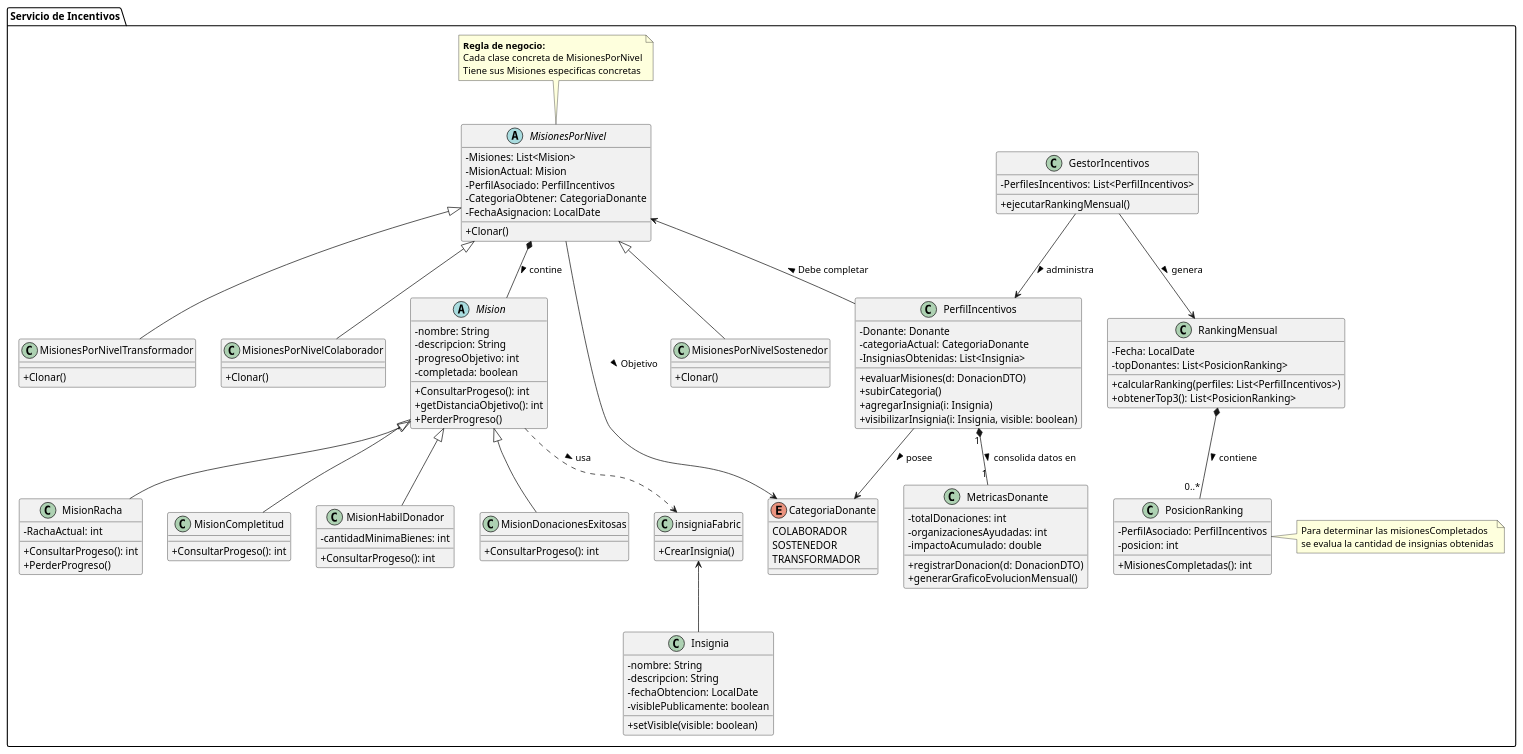
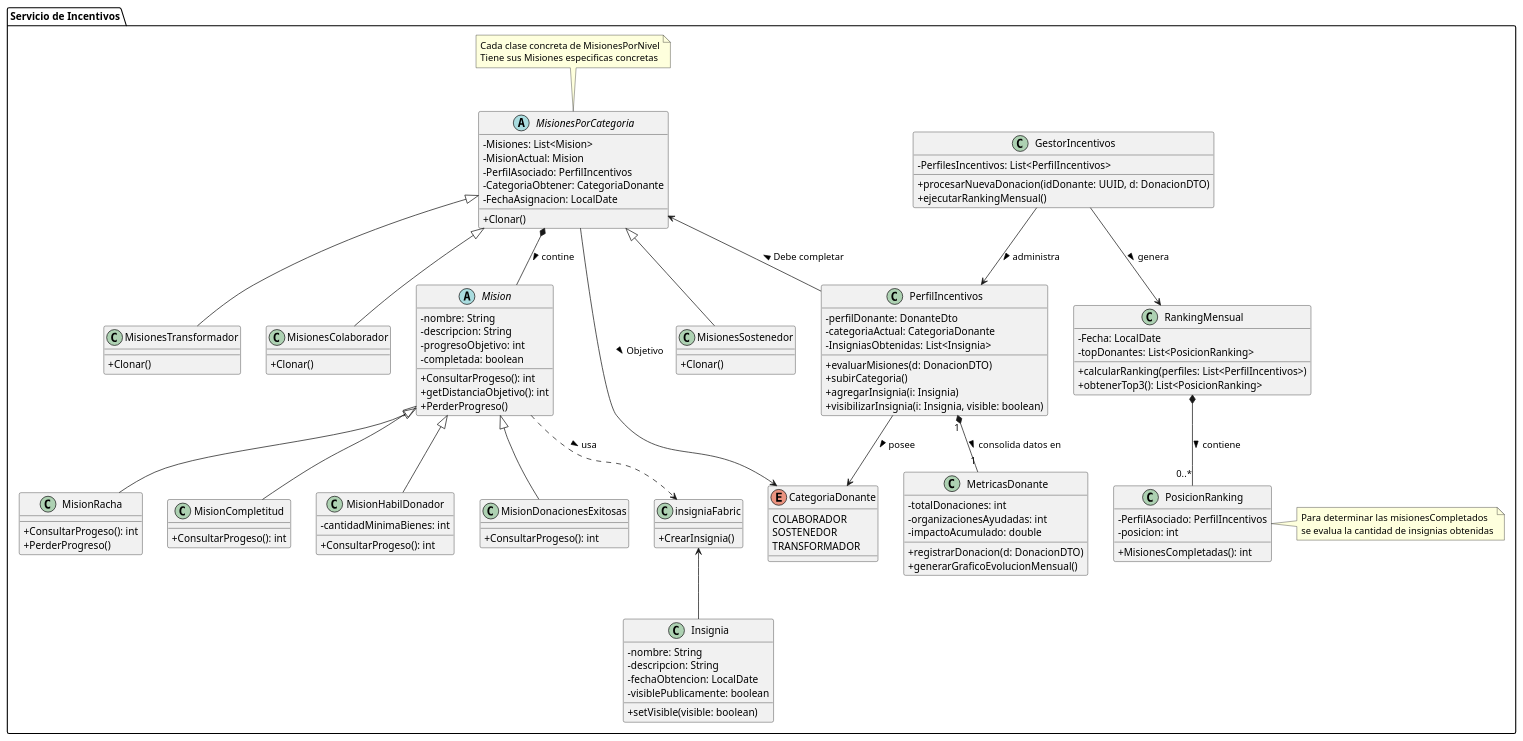
One commit to matefernandezcc/DonaTrack changed the diagram in diagramas/incentivos/ServicioIncentivos.puml. Above: the diagram before and after it, drawn with PlantUML. The commit also changed 1 other file, not shown here.

Commit message:
Correcciones a diagramas

```diff
--- a/diagramas/incentivos/ServicioIncentivos.puml
+++ b/diagramas/incentivos/ServicioIncentivos.puml
@@ -1,140 +1,139 @@
 @startuml ServicioIncentivos.puml
 skinparam classAttributeIconSize 0
 
 package "Servicio de Incentivos" {
 
     enum CategoriaDonante {
         COLABORADOR
         SOSTENEDOR
         TRANSFORMADOR
     }
 
     class GestorIncentivos {
         - PerfilesIncentivos: List<PerfilIncentivos>
+        + procesarNuevaDonacion(idDonante: UUID, d: DonacionDTO)
         + ejecutarRankingMensual()
     }
 
     class PerfilIncentivos {
-        - Donante: Donante
+        - perfilDonante: DonanteDto
         - categoriaActual: CategoriaDonante
         - InsigniasObtenidas: List<Insignia>
         + evaluarMisiones(d: DonacionDTO)
         + subirCategoria()
         + agregarInsignia(i: Insignia)
         + visibilizarInsignia(i: Insignia, visible: boolean)
     }
 
     class MetricasDonante {
         - totalDonaciones: int
         - organizacionesAyudadas: int
         - impactoAcumulado: double
         + registrarDonacion(d: DonacionDTO)
         + generarGraficoEvolucionMensual()
     }
 
-    abstract class MisionesPorNivel{
+    abstract class MisionesPorCategoria{
         - Misiones: List<Mision>
         - MisionActual: Mision
         - PerfilAsociado: PerfilIncentivos
         - CategoriaObtener: CategoriaDonante
         - FechaAsignacion: LocalDate
         + Clonar()
     }
     
-    note top of MisionesPorNivel
-    **Regla de negocio:**
+    note top of MisionesPorCategoria
     Cada clase concreta de MisionesPorNivel
     Tiene sus Misiones especificas concretas
     end note
 
-    class MisionesPorNivelSostenedor extends MisionesPorNivel{
+    class MisionesSostenedor extends MisionesPorCategoria{
         + Clonar()
     }
 
-    class MisionesPorNivelTransformador extends MisionesPorNivel{
+    class MisionesTransformador extends MisionesPorCategoria{
         + Clonar()
     }
 
-    class MisionesPorNivelColaborador extends MisionesPorNivel{
+    class MisionesColaborador extends MisionesPorCategoria{
         + Clonar()
     }
 
     abstract class Mision {
         - nombre: String
         - descripcion: String
         - progresoObjetivo: int
         - completada: boolean
         + ConsultarProgeso(): int
         + getDistanciaObjetivo(): int
         + PerderProgreso()
     }
 
     class MisionRacha extends Mision {
-        - RachaActual: int
         + ConsultarProgeso(): int
         + PerderProgreso()
     }
 
     class MisionCompletitud extends Mision {
         + ConsultarProgeso(): int
     }
 
     class MisionHabilDonador extends Mision {
         - cantidadMinimaBienes: int
         + ConsultarProgeso(): int
     }
 
     class MisionDonacionesExitosas extends Mision {
         + ConsultarProgeso(): int
     }
 
     
     Class insigniaFabric{
         +CrearInsignia()
     }
 
 
     class Insignia {
         - nombre: String
         - descripcion: String
         - fechaObtencion: LocalDate
         - visiblePublicamente: boolean
         + setVisible(visible: boolean)
     }
 
     class RankingMensual {
         - Fecha: LocalDate
         - topDonantes: List<PosicionRanking>
         + calcularRanking(perfiles: List<PerfilIncentivos>)
         + obtenerTop3(): List<PosicionRanking>
     }
 
     class PosicionRanking {
         - PerfilAsociado: PerfilIncentivos
         - posicion: int
         + MisionesCompletadas(): int
     }
 
     note right of PosicionRanking
     Para determinar las misionesCompletados
     se evalua la cantidad de insignias obtenidas
     end note
 
     ' Relaciones
     GestorIncentivos --> RankingMensual : genera >
     GestorIncentivos --> PerfilIncentivos : administra >
 
-    MisionesPorNivel *-- Mision : contine >
-    MisionesPorNivel --> CategoriaDonante : Objetivo >
-    MisionesPorNivel <-- PerfilIncentivos : Debe completar <
+    MisionesPorCategoria *-- Mision : contine >
+    MisionesPorCategoria --> CategoriaDonante : Objetivo >
+    MisionesPorCategoria <-- PerfilIncentivos : Debe completar <
 
     Mision ..> insigniaFabric : usa >
 
     insigniaFabric <-- Insignia
 
     PerfilIncentivos "1" *-- "1" MetricasDonante : consolida datos en >
     PerfilIncentivos --> CategoriaDonante : posee >
 
     RankingMensual *-- "0..*" PosicionRanking : contiene >
 }
 @enduml
```
